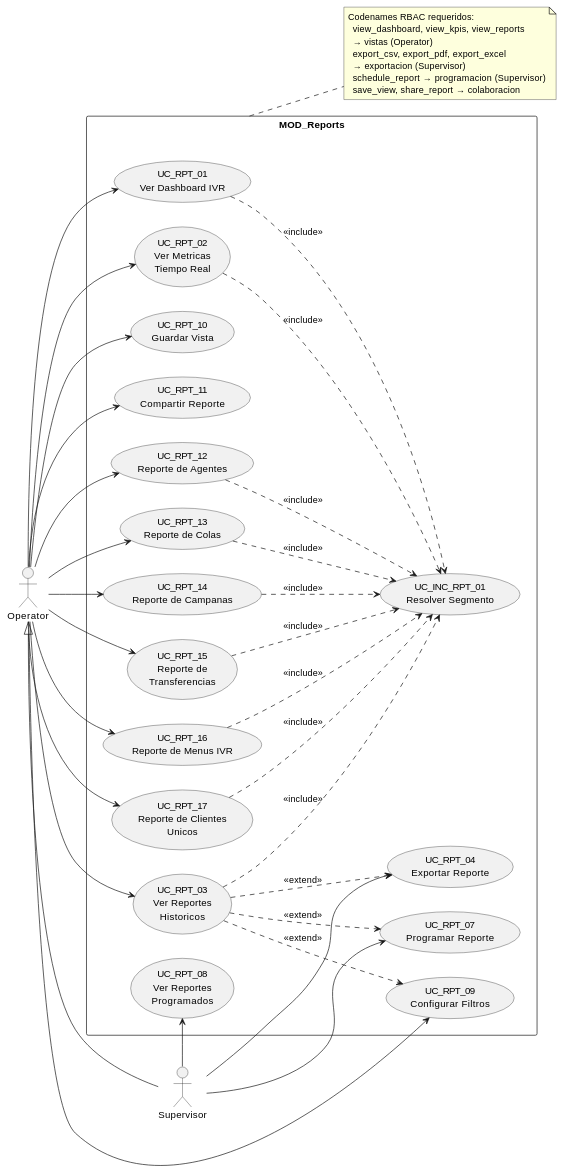
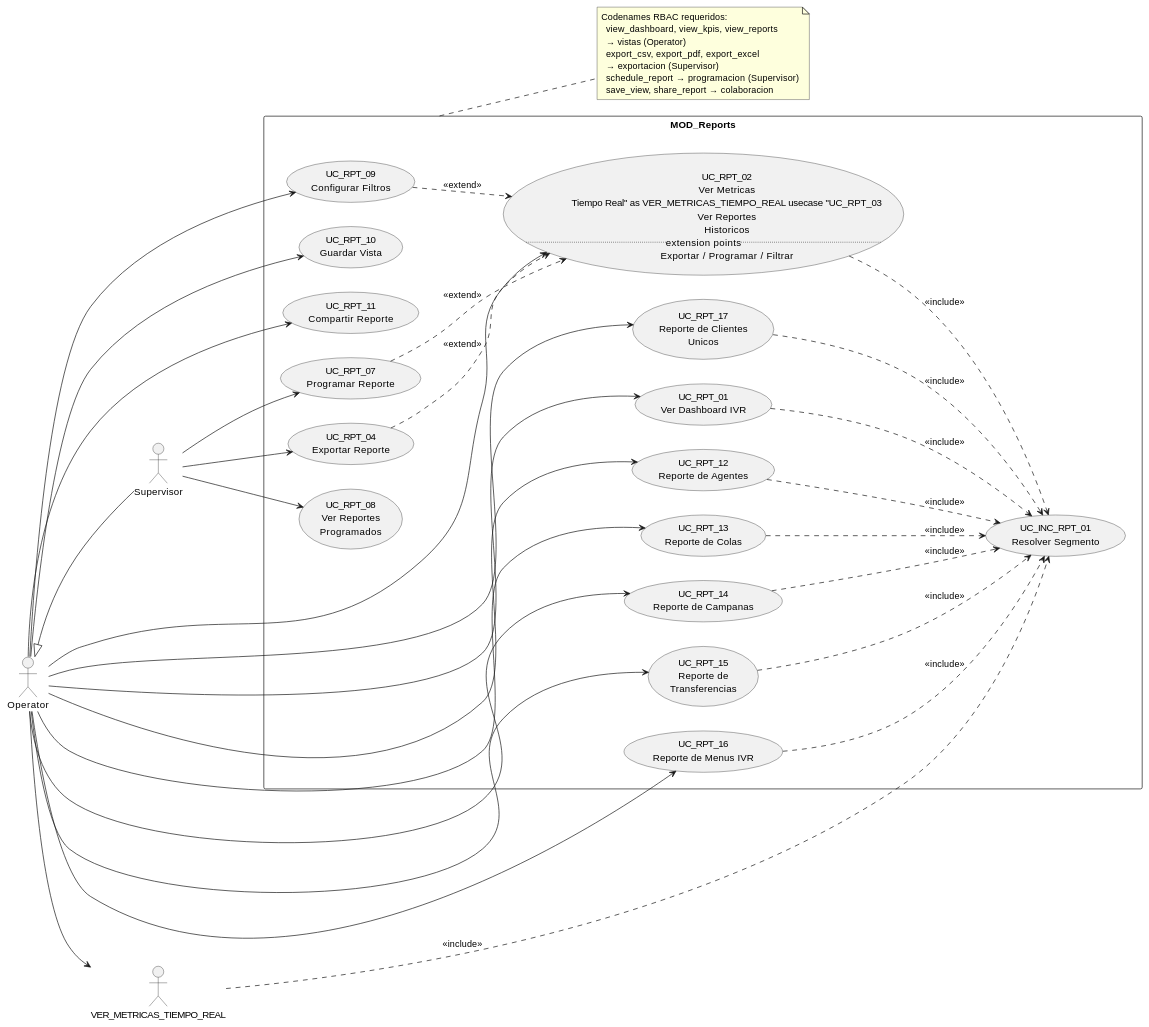
Before and after one commit to jcg-admin/IACT-docs: the diagram in source/arquitectura-tecnica/use-case-view/reports/index.rst, drawn with PlantUML. The commit also changed other lines of this file and 102 other files, not shown here.

First line of the commit message:
Apply uml-07 remediation Phase 1+2: cleanup stubs + fix extends

```diff
--- a/source/arquitectura-tecnica/use-case-view/reports/index.rst
+++ b/source/arquitectura-tecnica/use-case-view/reports/index.rst
@@ -24,73 +24,72 @@
 .. uml::
  :caption: MOD_Reports — actores canónicos (roles RBAC) y
            UCs operativos del módulo.
 
  @startuml
  left to right direction
 
  actor Operator
  actor Supervisor
 
  Operator <|-- Supervisor
 
  rectangle "MOD_Reports" {
    usecase "UC_INC_RPT_01\nResolver Segmento" as INC
    usecase "UC_RPT_01\nVer Dashboard IVR" as VER_DASHBOARD_IVR
-   usecase "UC_RPT_02\nVer Metricas\nTiempo Real" as VER_METRICAS_TIEMPO_REAL
-   usecase "UC_RPT_03\nVer Reportes\nHistoricos" as VER_REPORTES_HISTORICOS
+   usecase "UC_RPT_02\nVer Metricas\nTiempo Real" as VER_METRICAS_TIEMPO_REAL   usecase "UC_RPT_03\nVer Reportes\nHistoricos\n.. extension points ..\nExportar / Programar / Filtrar" as VER_REPORTES_HISTORICOS
    usecase "UC_RPT_04\nExportar Reporte" as EXPORTAR_REPORTE
    usecase "UC_RPT_07\nProgramar Reporte" as PROGRAMAR_REPORTE
    usecase "UC_RPT_08\nVer Reportes\nProgramados" as VER_REPORTES_PROGRAMADOS
    usecase "UC_RPT_09\nConfigurar Filtros" as CONFIGURAR_FILTROS
    usecase "UC_RPT_10\nGuardar Vista" as GUARDAR_VISTA
    usecase "UC_RPT_11\nCompartir Reporte" as COMPARTIR_REPORTE
    usecase "UC_RPT_12\nReporte de Agentes" as REPORTE_AGENTES
    usecase "UC_RPT_13\nReporte de Colas" as REPORTE_COLAS
    usecase "UC_RPT_14\nReporte de Campanas" as REPORTE_CAMPANAS
    usecase "UC_RPT_15\nReporte de\nTransferencias" as REPORTE_TRANSFERENCIAS
    usecase "UC_RPT_16\nReporte de Menus IVR" as REPORTE_MENUS_IVR
    usecase "UC_RPT_17\nReporte de Clientes\nUnicos" as REPORTE_CLIENTES_UNICOS
  }
 
  Operator --> VER_DASHBOARD_IVR
  Operator --> VER_METRICAS_TIEMPO_REAL
  Operator --> VER_REPORTES_HISTORICOS
  Operator --> REPORTE_AGENTES
  Operator --> REPORTE_COLAS
  Operator --> REPORTE_CAMPANAS
  Operator --> REPORTE_TRANSFERENCIAS
  Operator --> REPORTE_MENUS_IVR
  Operator --> REPORTE_CLIENTES_UNICOS
  Operator --> GUARDAR_VISTA
  Operator --> COMPARTIR_REPORTE
  Operator --> CONFIGURAR_FILTROS
 
  Supervisor --> EXPORTAR_REPORTE
  Supervisor --> PROGRAMAR_REPORTE
  Supervisor --> VER_REPORTES_PROGRAMADOS
 
  VER_DASHBOARD_IVR ..> INC : <<include>>
  VER_METRICAS_TIEMPO_REAL ..> INC : <<include>>
  VER_REPORTES_HISTORICOS ..> INC : <<include>>
  REPORTE_AGENTES ..> INC : <<include>>
  REPORTE_COLAS ..> INC : <<include>>
  REPORTE_CAMPANAS ..> INC : <<include>>
  REPORTE_TRANSFERENCIAS ..> INC : <<include>>
  REPORTE_MENUS_IVR ..> INC : <<include>>
  REPORTE_CLIENTES_UNICOS ..> INC : <<include>>
 
- VER_REPORTES_HISTORICOS ..> EXPORTAR_REPORTE : <<extend>>
- VER_REPORTES_HISTORICOS ..> PROGRAMAR_REPORTE : <<extend>>
- VER_REPORTES_HISTORICOS ..> CONFIGURAR_FILTROS : <<extend>>
+ EXPORTAR_REPORTE ..> VER_REPORTES_HISTORICOS : <<extend>>
+ PROGRAMAR_REPORTE ..> VER_REPORTES_HISTORICOS : <<extend>>
+ CONFIGURAR_FILTROS ..> VER_REPORTES_HISTORICOS : <<extend>>
 
  note right of MOD_Reports
    Codenames RBAC requeridos:
      view_dashboard, view_kpis, view_reports
      → vistas (Operator)
      export_csv, export_pdf, export_excel
      → exportacion (Supervisor)
      schedule_report → programacion (Supervisor)
      save_view, share_report → colaboracion
  end note
 
  @enduml
```
